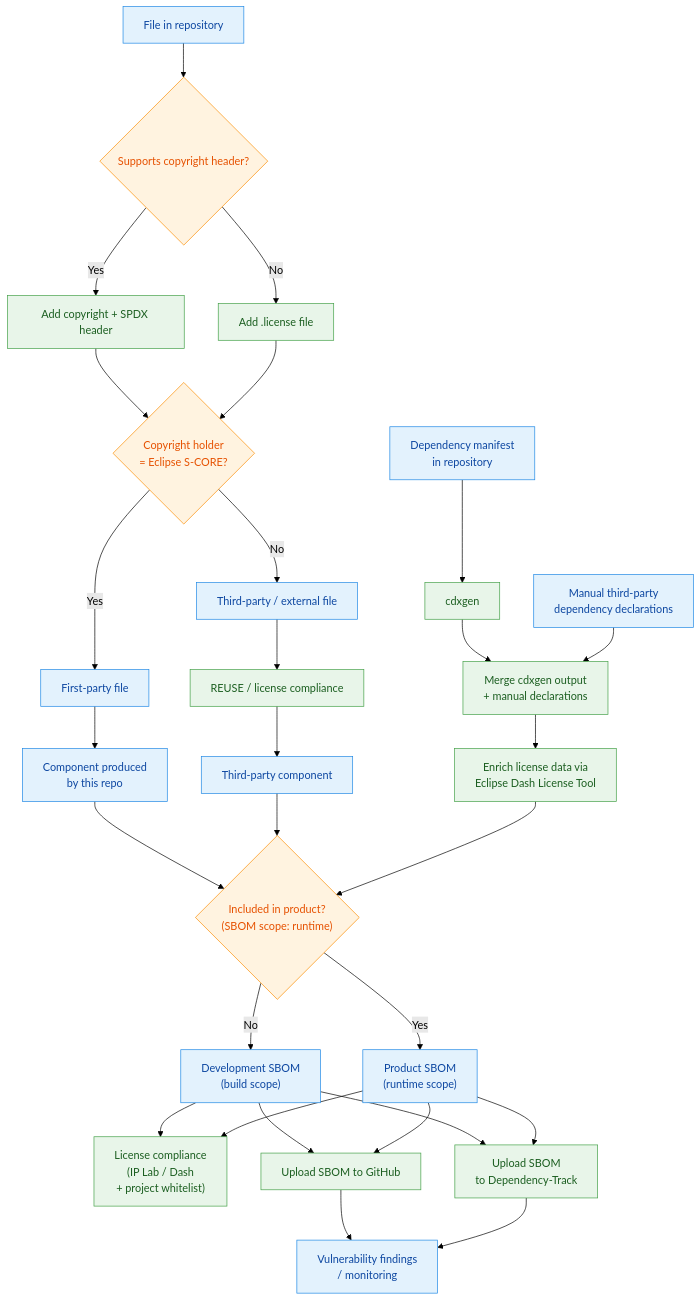
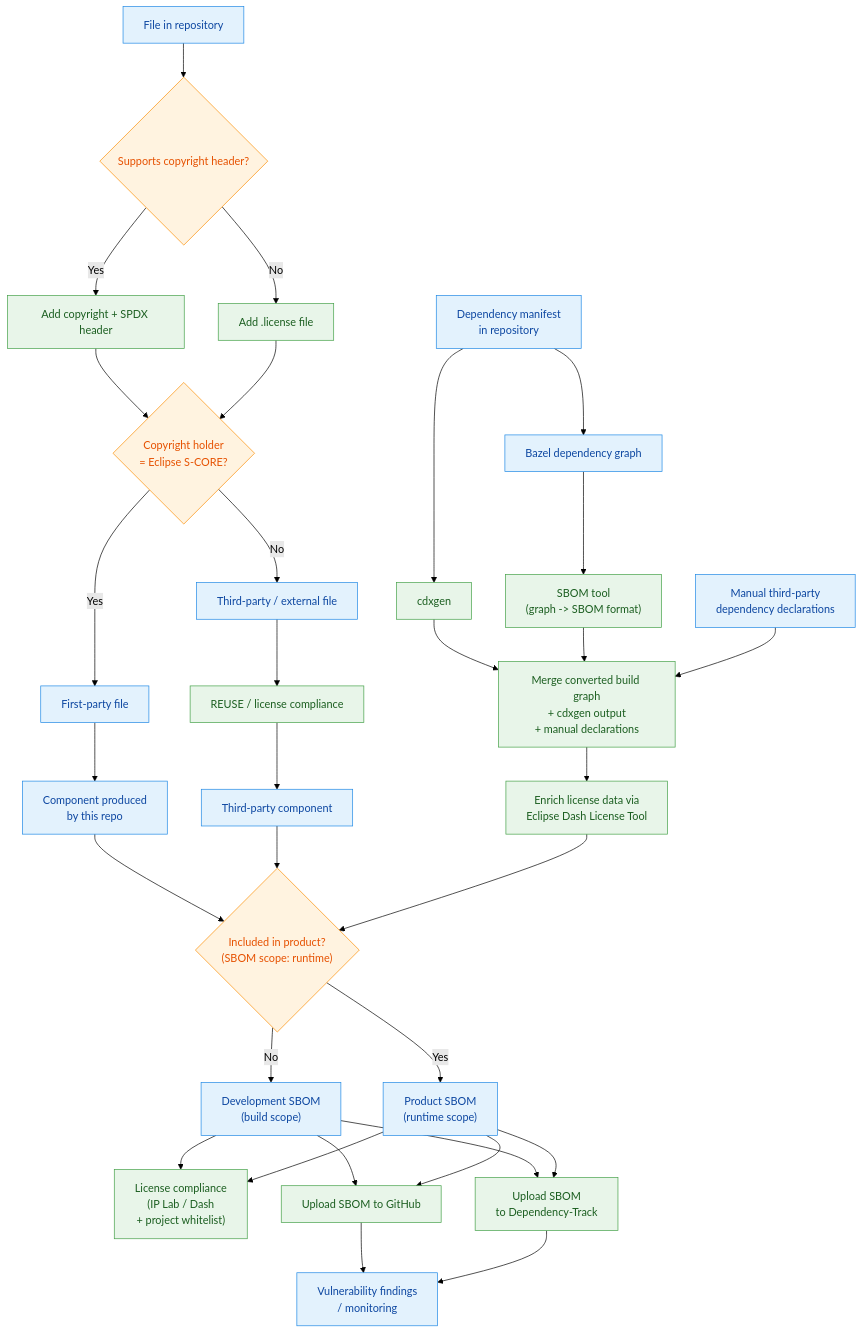
One commit to eclipse-score/infrastructure changed the diagram in docs/06-compliance-infrastructure.md. Above: the diagram before and after it, drawn with Mermaid (forest theme). The commit also changed other lines of this file, not shown here.

Commit message:
add bazel

````diff
--- a/docs/06-compliance-infrastructure.md
+++ b/docs/06-compliance-infrastructure.md
@@ -23,57 +23,61 @@
 ```mermaid
 flowchart TD
     file_in_repo["File in repository"]
     dependency_manifest["Dependency manifest\nin repository"]
+    bazel_graph["Bazel dependency graph"]
     manual_declarations["Manual third-party\ndependency declarations"]
 
     %% File path
     file_in_repo --> header_check{"Supports copyright header?"}
 
     header_check -->|Yes| add_header["Add copyright + SPDX header"]
     header_check -->|No| add_license["Add .license file"]
 
     add_header --> copyright_owner{"Copyright holder\n= Eclipse S-CORE?"}
     add_license --> copyright_owner
 
     copyright_owner -->|Yes| first_party["First-party file"]
     copyright_owner -->|No| third_party_file["Third-party / external file"]
 
     first_party --> current_component["Component produced\nby this repo"]
 
     third_party_file --> reuse_checks["REUSE / license compliance"]
     reuse_checks --> external_component["Third-party component"]
 
     %% Dependency discovery path
     dependency_manifest --> cdxgen_scan["cdxgen"]
-    cdxgen_scan --> merge_inputs["Merge cdxgen output\n+ manual declarations"]
+    dependency_manifest --> bazel_graph
+    bazel_graph --> sbom_conversion["SBOM tool\n(graph -> SBOM format)"]
+    cdxgen_scan --> merge_inputs["Merge converted build graph\n+ cdxgen output\n+ manual declarations"]
+    sbom_conversion --> merge_inputs
     manual_declarations --> merge_inputs
 
     merge_inputs --> dash_enrichment["Enrich license data via\nEclipse Dash License Tool"]
 
     %% Converged SBOM candidate path
     current_component --> included_check{"Included in product?\n(SBOM scope: runtime)"}
     external_component --> included_check
     dash_enrichment --> included_check
 
     included_check -->|No| non_product_sbom["Development SBOM\n(build scope)"]
     included_check -->|Yes| product_sbom["Product SBOM\n(runtime scope)"]
 
     non_product_sbom --> license_compliance["License compliance\n(IP Lab / Dash\n+ project whitelist)"]
     product_sbom --> license_compliance
 
     non_product_sbom --> github_upload["Upload SBOM to GitHub"]
     non_product_sbom --> dependencytrack_upload["Upload SBOM\nto Dependency-Track"]
     product_sbom --> github_upload
     product_sbom --> dependencytrack_upload
 
     github_upload --> vulnerability_results["Vulnerability findings\n/ monitoring"]
     dependencytrack_upload --> vulnerability_results
 
     classDef artifact fill:#E3F2FD,stroke:#1E88E5,color:#0D47A1
     classDef action fill:#E8F5E9,stroke:#43A047,color:#1B5E20
     classDef decision fill:#FFF3E0,stroke:#FB8C00,color:#E65100
 
-    class file_in_repo,dependency_manifest,manual_declarations,first_party,third_party_file,current_component,external_component,non_product_sbom,product_sbom,vulnerability_results artifact
-    class add_header,add_license,cdxgen_scan,merge_inputs,dash_enrichment,reuse_checks,license_compliance,github_upload,dependencytrack_upload action
+    class file_in_repo,dependency_manifest,bazel_graph,manual_declarations,first_party,third_party_file,current_component,external_component,non_product_sbom,product_sbom,vulnerability_results artifact
+    class add_header,add_license,cdxgen_scan,sbom_conversion,merge_inputs,dash_enrichment,reuse_checks,license_compliance,github_upload,dependencytrack_upload action
     class header_check,copyright_owner,included_check decision
 ```
````
